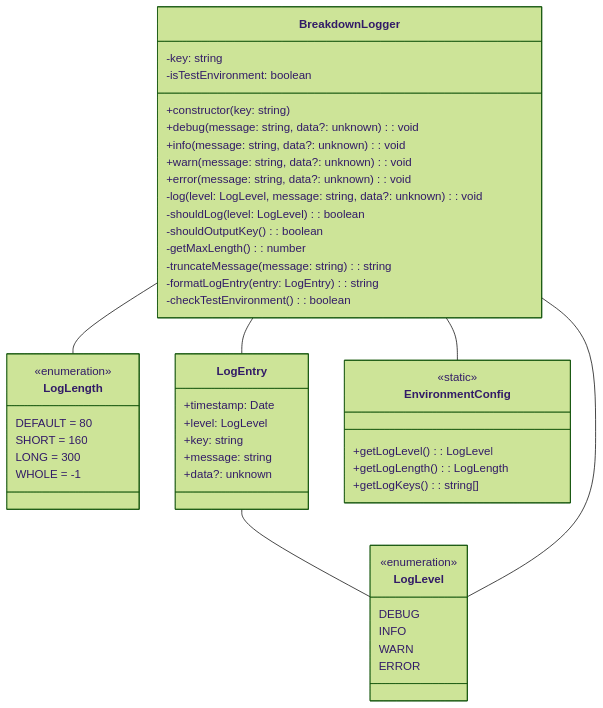
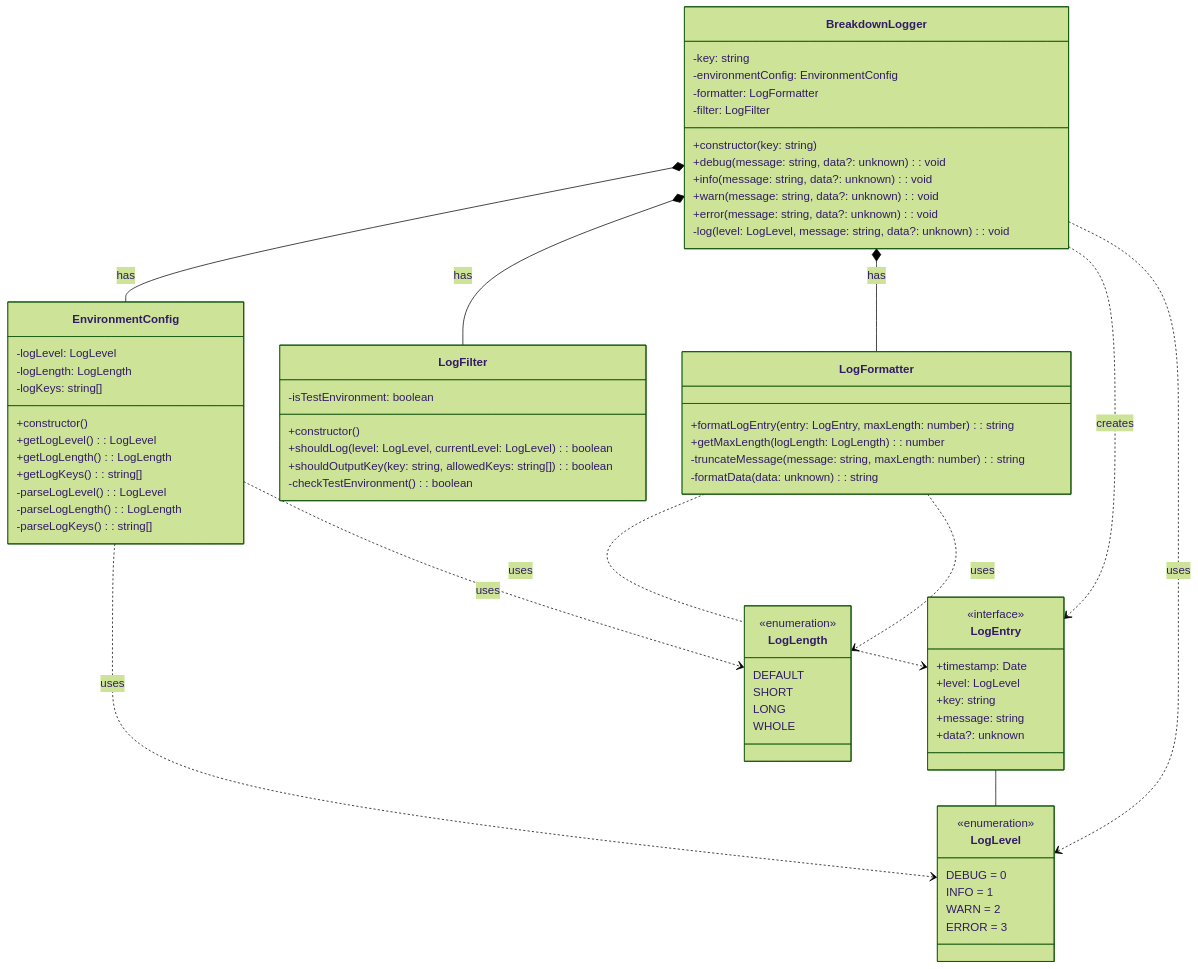
One commit to tettuan/breakdownlogger changed the first of 6 diagrams in docs/development.ja.md. Above: the diagram before and after it, drawn with Mermaid (forest theme). The commit also changed other lines of this file and 9 other files, not shown here.

````diff
--- a/docs/development.ja.md
+++ b/docs/development.ja.md
@@ -29,56 +30,79 @@
 ```mermaid
 classDiagram
     class LogLevel {
         <<enumeration>>
-        DEBUG
-        INFO
-        WARN
-        ERROR
+        DEBUG = 0
+        INFO = 1
+        WARN = 2
+        ERROR = 3
     }
 
     class LogLength {
         <<enumeration>>
-        DEFAULT = 80
-        SHORT = 160
-        LONG = 300
-        WHOLE = -1
+        DEFAULT
+        SHORT
+        LONG
+        WHOLE
     }
 
     class LogEntry {
+        <<interface>>
         +timestamp: Date
         +level: LogLevel
         +key: string
         +message: string
         +data?: unknown
     }
 
     class BreakdownLogger {
         -key: string
-        -isTestEnvironment: boolean
+        -environmentConfig: EnvironmentConfig
+        -formatter: LogFormatter
+        -filter: LogFilter
         +constructor(key: string)
         +debug(message: string, data?: unknown): void
         +info(message: string, data?: unknown): void
         +warn(message: string, data?: unknown): void
         +error(message: string, data?: unknown): void
         -log(level: LogLevel, message: string, data?: unknown): void
-        -shouldLog(level: LogLevel): boolean
-        -shouldOutputKey(): boolean
-        -getMaxLength(): number
-        -truncateMessage(message: string): string
-        -formatLogEntry(entry: LogEntry): string
+    }
+
+    class EnvironmentConfig {
+        -logLevel: LogLevel
+        -logLength: LogLength
+        -logKeys: string[]
+        +constructor()
+        +getLogLevel(): LogLevel
+        +getLogLength(): LogLength
+        +getLogKeys(): string[]
+        -parseLogLevel(): LogLevel
+        -parseLogLength(): LogLength
+        -parseLogKeys(): string[]
+    }
+
+    class LogFilter {
+        -isTestEnvironment: boolean
+        +constructor()
+        +shouldLog(level: LogLevel, currentLevel: LogLevel): boolean
+        +shouldOutputKey(key: string, allowedKeys: string[]): boolean
         -checkTestEnvironment(): boolean
     }
 
-    class EnvironmentConfig {
-        <<static>>
-        +getLogLevel(): LogLevel
-        +getLogLength(): LogLength
-        +getLogKeys(): string[]
+    class LogFormatter {
+        +formatLogEntry(entry: LogEntry, maxLength: number): string
+        +getMaxLength(logLength: LogLength): number
+        -truncateMessage(message: string, maxLength: number): string
+        -formatData(data: unknown): string
     }
 
     LogEntry -- LogLevel
-    BreakdownLogger -- LogLevel
-    BreakdownLogger -- LogLength
-    BreakdownLogger -- LogEntry
-    BreakdownLogger -- EnvironmentConfig
+    BreakdownLogger *-- EnvironmentConfig : has
+    BreakdownLogger *-- LogFilter : has
+    BreakdownLogger *-- LogFormatter : has
+    BreakdownLogger ..> LogEntry : creates
+    BreakdownLogger ..> LogLevel : uses
+    EnvironmentConfig ..> LogLevel : uses
+    EnvironmentConfig ..> LogLength : uses
+    LogFormatter ..> LogEntry : uses
+    LogFormatter ..> LogLength : uses
 ```
````
